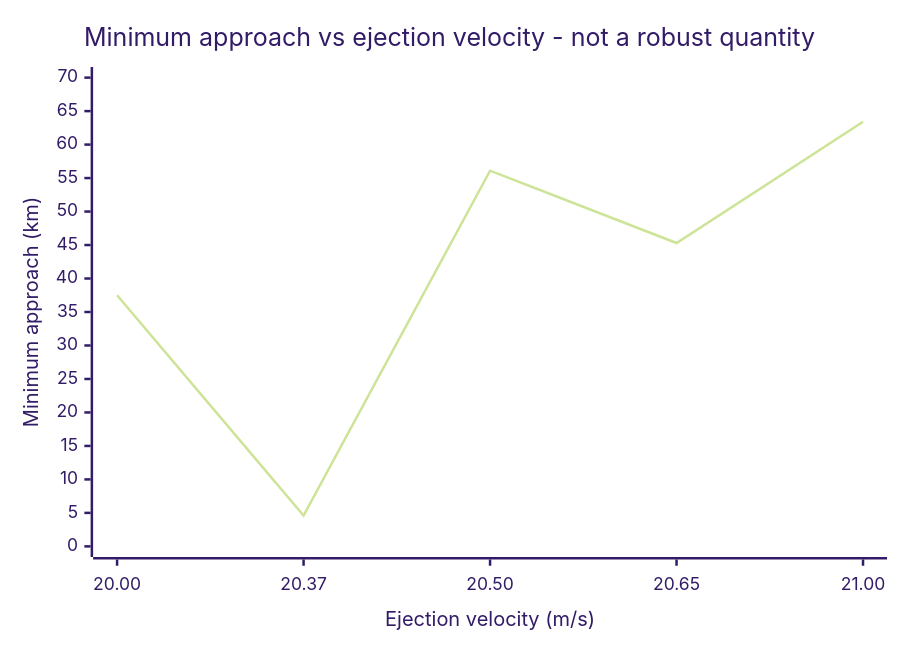
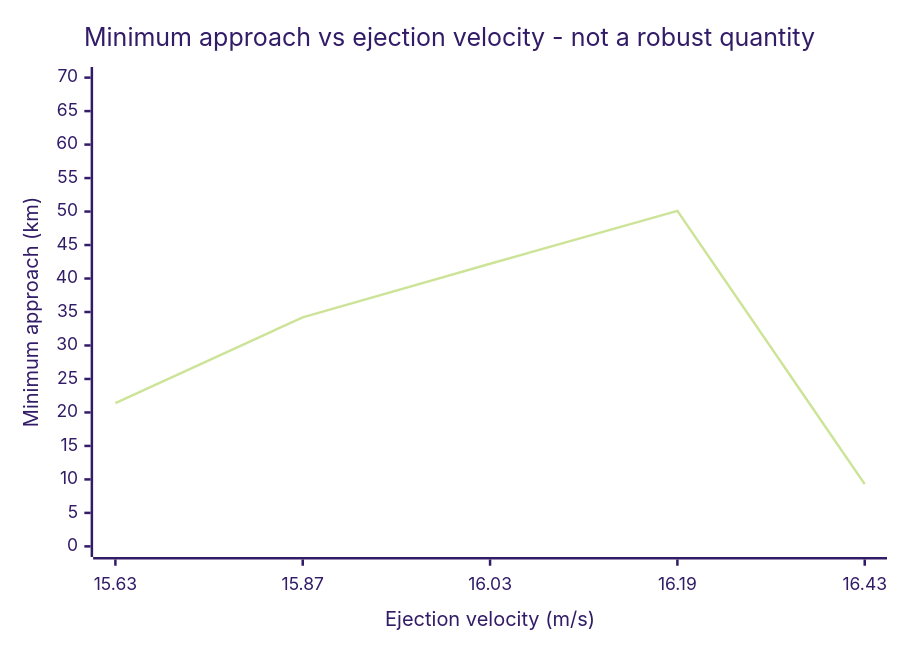
Before and after one commit to aaaaaaaaaaaavm/VOLLEY: the third of 3 diagrams in wiki/Home.md, drawn with Mermaid (forest theme). The commit also changed other lines of this file, not shown here.

First line of the commit message:
Bring the wiki source current, and recompute the two charts on it

````diff
--- a/wiki/Home.md
+++ b/wiki/Home.md
@@ -132,7 +157,7 @@
 ```mermaid
 xychart-beta
     title "Minimum approach vs ejection velocity - not a robust quantity"
-    x-axis "Ejection velocity (m/s)" [20.00, 20.37, 20.50, 20.65, 21.00]
+    x-axis "Ejection velocity (m/s)" [15.63, 15.87, 16.03, 16.19, 16.43]
     y-axis "Minimum approach (km)" 0 --> 70
-    line [37.5, 4.6, 56.1, 45.3, 63.4]
+    line [21.4, 34.2, 42.2, 50.1, 9.3]
 ```
````
